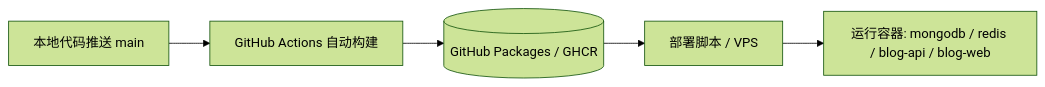
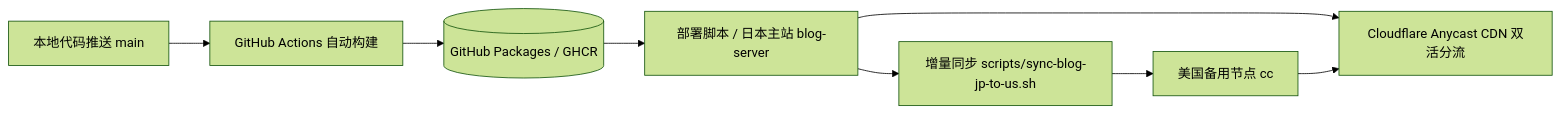
The diagram in CLOUD_DEPLOY.md (SiyuanSun0736/my_blog), drawn with Mermaid (forest theme) before and after one commit. The commit also changed other lines of this file and 5 other files, not shown here.

Commit message:
docs: align multi-region architecture, 15-year Origin CA cert, and cross-ocean sync

````diff
--- a/CLOUD_DEPLOY.md
+++ b/CLOUD_DEPLOY.md
@@ -11,7 +10,9 @@
 ```mermaid
 flowchart LR
     Dev[本地代码推送 main] --> Actions[GitHub Actions 自动构建]
     Actions --> GHCR[(GitHub Packages / GHCR)]
-    GHCR --> Deploy[部署脚本 / VPS]
-    Deploy --> Containers[运行容器: mongodb / redis / blog-api / blog-web]
+    GHCR --> DeployJP[部署脚本 / 日本主站 blog-server]
+    DeployJP --> SyncUS[增量同步 scripts/sync-blog-jp-to-us.sh]
+    SyncUS --> DeployUS[美国备用节点 cc]
+    DeployJP & DeployUS --> CF[Cloudflare Anycast CDN 双活分流]
 ```
````
